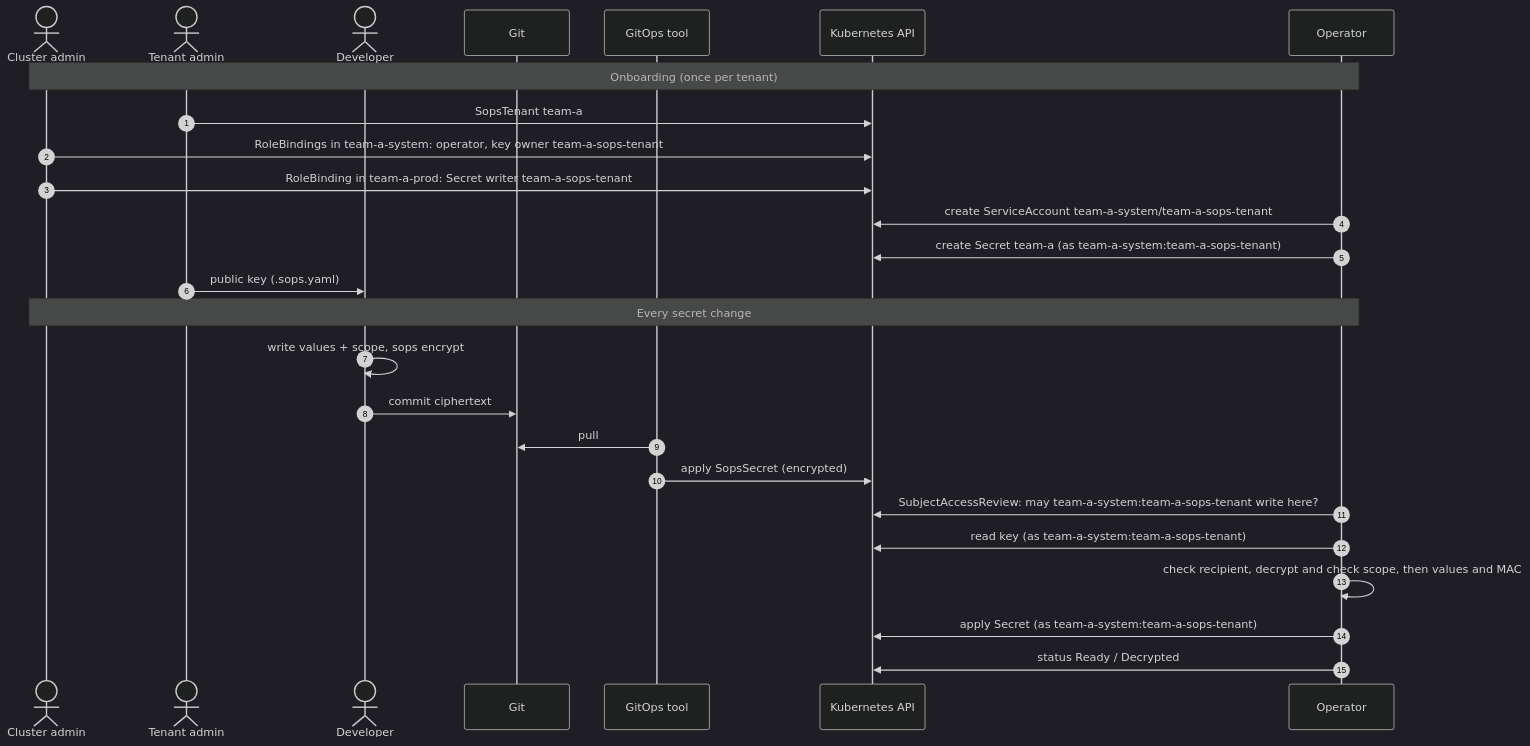
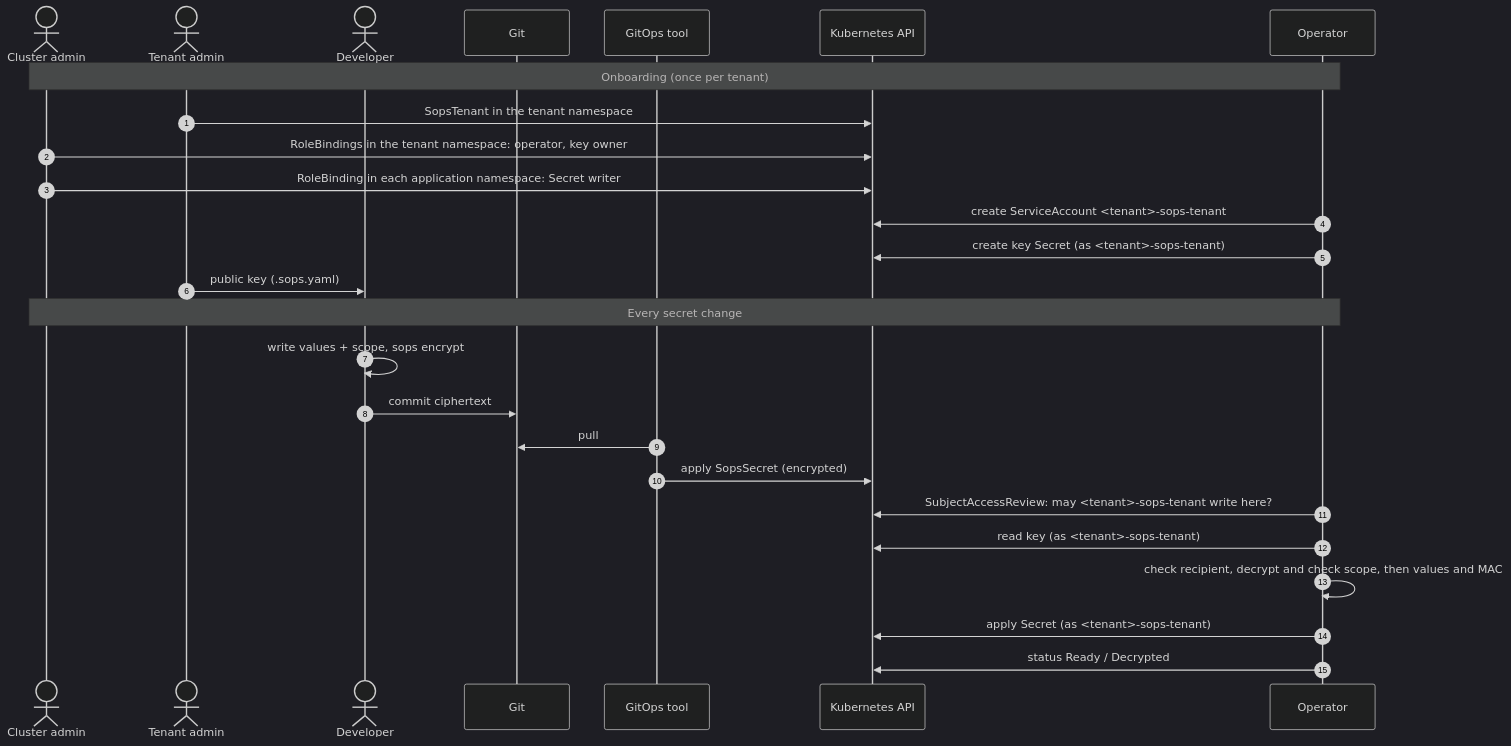
The second of 3 diagrams in DESIGN.md (stakater/sops-operator), drawn with Mermaid (dark theme) before and after one commit. The commit also changed other lines of this file and 1 other file, not shown here.

First line of the commit message:
docs: overview diagrams use role names, not the team-a example

````diff
--- a/DESIGN.md
+++ b/DESIGN.md
@@ -184,30 +184,30 @@
 ```mermaid
 sequenceDiagram
     autonumber
     actor CA as Cluster admin
     actor TA as Tenant admin
     actor DEV as Developer
     participant GIT as Git
     participant GO as GitOps tool
     participant API as Kubernetes API
     participant OP as Operator
 
     Note over CA,OP: Onboarding (once per tenant)
-    TA->>API: SopsTenant team-a
-    CA->>API: RoleBindings in team-a-system: operator, key owner team-a-sops-tenant
-    CA->>API: RoleBinding in team-a-prod: Secret writer team-a-sops-tenant
-    OP->>API: create ServiceAccount team-a-system/team-a-sops-tenant
-    OP->>API: create Secret team-a (as team-a-system:team-a-sops-tenant)
+    TA->>API: SopsTenant in the tenant namespace
+    CA->>API: RoleBindings in the tenant namespace: operator, key owner
+    CA->>API: RoleBinding in each application namespace: Secret writer
+    OP->>API: create ServiceAccount #lt;tenant#gt;-sops-tenant
+    OP->>API: create key Secret (as #lt;tenant#gt;-sops-tenant)
     TA->>DEV: public key (.sops.yaml)
 
     Note over CA,OP: Every secret change
     DEV->>DEV: write values + scope, sops encrypt
     DEV->>GIT: commit ciphertext
     GO->>GIT: pull
     GO->>API: apply SopsSecret (encrypted)
-    OP->>API: SubjectAccessReview: may team-a-system:team-a-sops-tenant write here?
-    OP->>API: read key (as team-a-system:team-a-sops-tenant)
+    OP->>API: SubjectAccessReview: may #lt;tenant#gt;-sops-tenant write here?
+    OP->>API: read key (as #lt;tenant#gt;-sops-tenant)
     OP->>OP: check recipient, decrypt and check scope, then values and MAC
-    OP->>API: apply Secret (as team-a-system:team-a-sops-tenant)
+    OP->>API: apply Secret (as #lt;tenant#gt;-sops-tenant)
     OP->>API: status Ready / Decrypted
 ```
````
